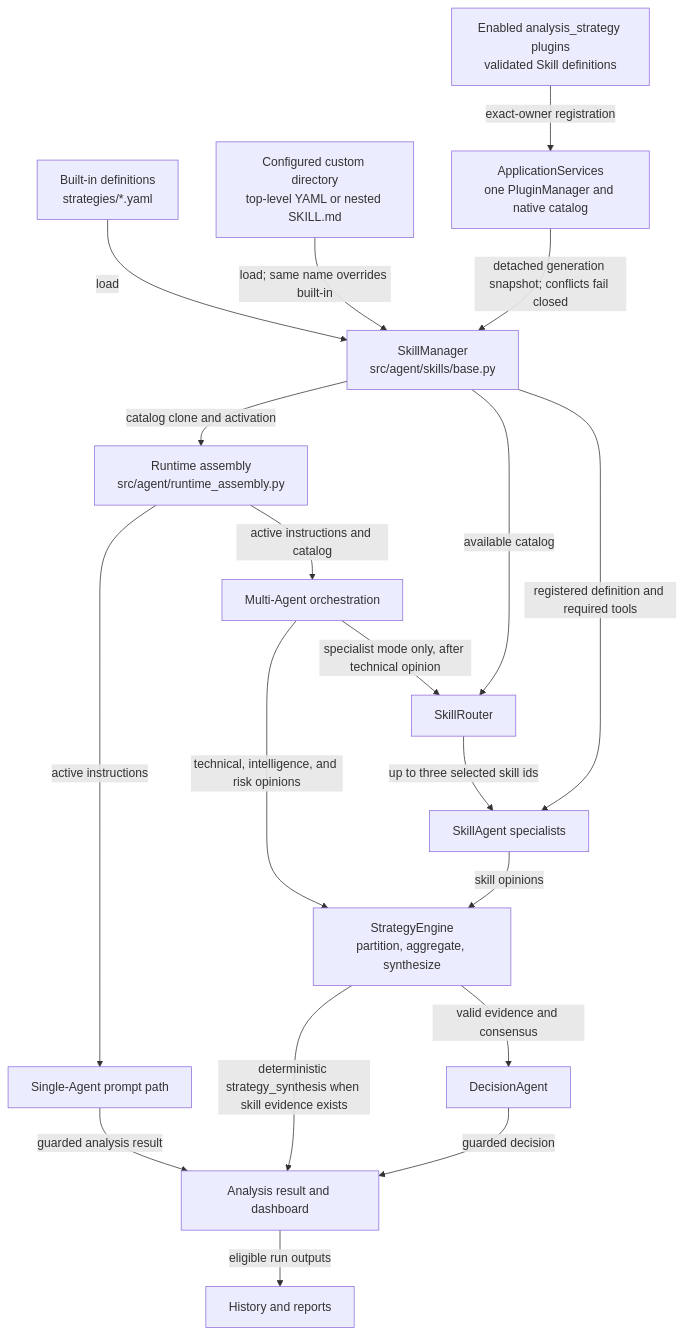
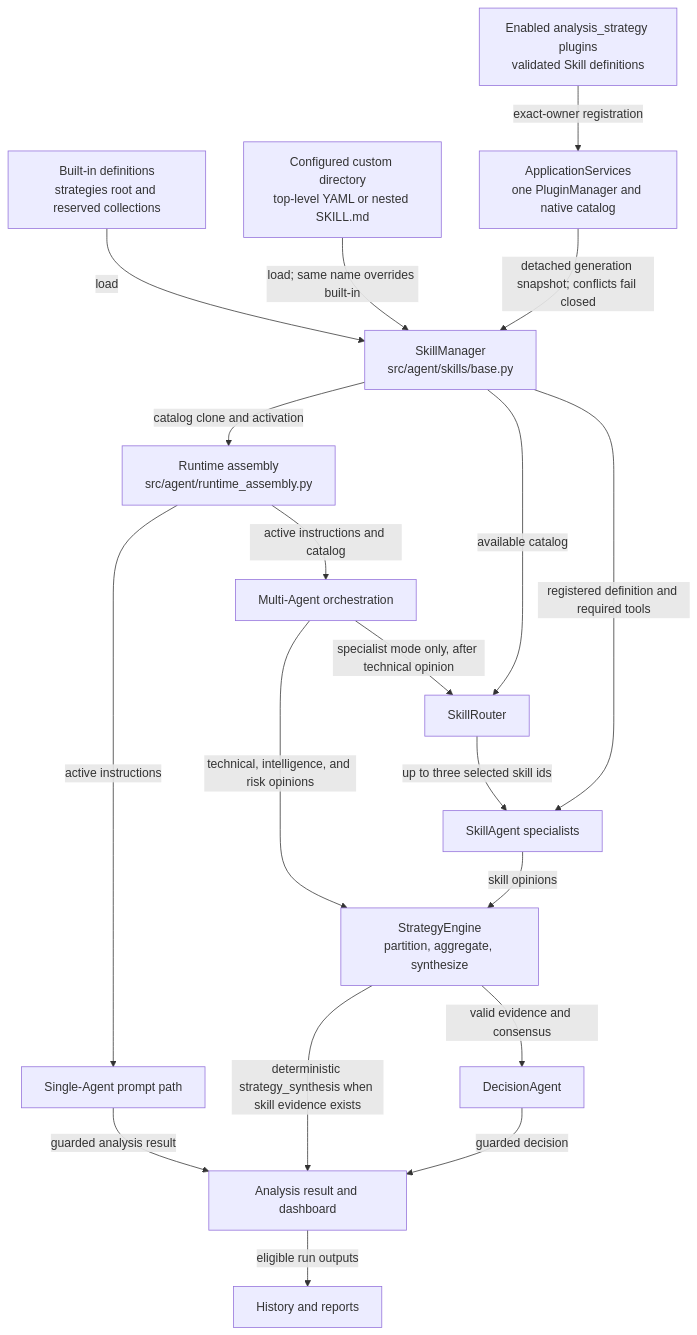
The third of 3 diagrams in docs/architecture-overview.md (SiinXu/stock-pulse-ai), drawn with Mermaid before and after one commit. The commit also changed other lines of this file and 4 other files, not shown here.

````diff
--- a/docs/architecture-overview.md
+++ b/docs/architecture-overview.md
@@ -209,23 +209,23 @@
 ```mermaid
 flowchart TB
-  BUILTIN[Built-in definitions<br/>strategies/*.yaml] -->|load| MANAGER[SkillManager<br/>src/agent/skills/base.py]
+  BUILTIN[Built-in definitions<br/>strategies root and reserved collections] -->|load| MANAGER[SkillManager<br/>src/agent/skills/base.py]
   CUSTOM[Configured custom directory<br/>top-level YAML or nested SKILL.md] -->|load; same name overrides built-in| MANAGER
   PLUGIN[Enabled analysis_strategy plugins<br/>validated Skill definitions] -->|exact-owner registration| ROOT[ApplicationServices<br/>one PluginManager and native catalog]
   ROOT -->|detached generation snapshot; conflicts fail closed| MANAGER
   MANAGER -->|catalog clone and activation| ASSEMBLY[Runtime assembly<br/>src/agent/runtime_assembly.py]
 
   ASSEMBLY -->|active instructions| SINGLE[Single-Agent prompt path]
   SINGLE -->|guarded analysis result| RESULT[Analysis result and dashboard]
 
   ASSEMBLY -->|active instructions and catalog| MULTI[Multi-Agent orchestration]
   MULTI -->|technical, intelligence, and risk opinions| ENGINE[StrategyEngine<br/>partition, aggregate, synthesize]
   MULTI -->|specialist mode only, after technical opinion| ROUTER[SkillRouter]
   MANAGER -->|available catalog| ROUTER
   ROUTER -->|up to three selected skill ids| AGENTS[SkillAgent specialists]
   MANAGER -->|registered definition and required tools| AGENTS
   AGENTS -->|skill opinions| ENGINE
   ENGINE -->|valid evidence and consensus| DECISION[DecisionAgent]
   ENGINE -->|deterministic strategy_synthesis when skill evidence exists| RESULT
   DECISION -->|guarded decision| RESULT
   RESULT -->|eligible run outputs| CONSUMERS[History and reports]
 ```
````
